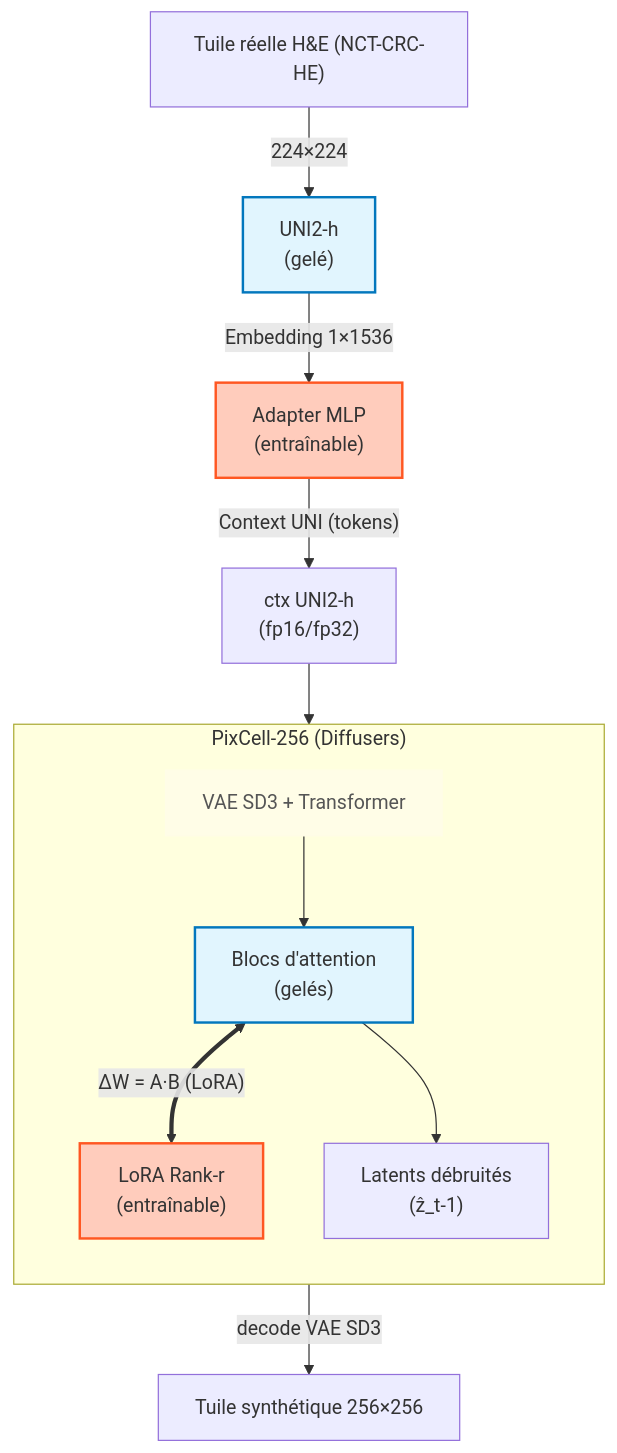
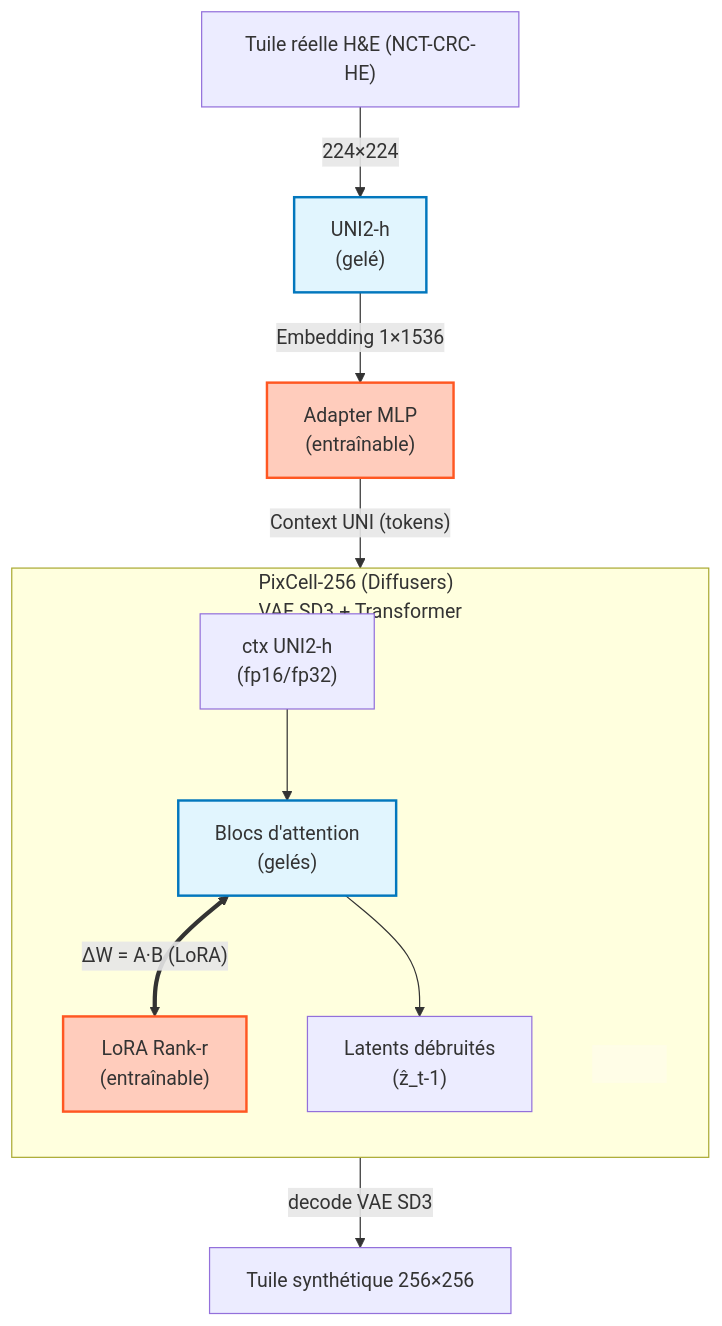
The diagram in docs/Pixcell_UNI2h_trainable_README.md (cecile-aie/poc_histopathology), drawn with Mermaid before and after one commit.

Commit message:
Update PixCell block description in README

````diff
--- a/docs/Pixcell_UNI2h_trainable_README.md
+++ b/docs/Pixcell_UNI2h_trainable_README.md
@@ -18,39 +18,34 @@
 ```mermaid
 graph TD
     %% Entrée
     Input["Tuile réelle H&E (NCT-CRC-HE)"] -->|"224×224"| UNI["UNI2-h<br/>(gelé)"]
 
     %% UNI
     style UNI fill:#e1f5fe,stroke:#0277bd,stroke-width:2px
 
     UNI -->|"Embedding 1×1536"| ADAPT["Adapter MLP<br/>(entraînable)"]
     style ADAPT fill:#ffccbc,stroke:#ff5722,stroke-width:2px
 
     ADAPT -->|"Context UNI (tokens)"| CTX["ctx UNI2-h<br/>(fp16/fp32)"]
 
     %% Bloc PixCell
-    subgraph PIXCELL ["PixCell-256 (Diffusers)"]
+    subgraph PIXCELL ["PixCell-256 (Diffusers)<br/>VAE SD3 + Transformer"]
         direction TB
 
-        %% <<< label interne en haut du bloc >>>
-        NOTE["VAE SD3 + Transformer"]
-        style NOTE fill:#fffde7,stroke:#fffde7,color:#555
+        %% nœud "spacer" invisible pour créer une marge sous le titre
+        spacer[" "]
+        style spacer fill:#fffde7,stroke:#fffde7
 
-        ATT["Blocs d'attention<br/>(gelés)"]
+        CTX --> ATT["Blocs d'attention<br/>(gelés)"]
         style ATT fill:#e1f5fe,stroke:#0277bd,stroke-width:2px
 
         ATT <==>|"ΔW = A·B (LoRA)"| LORA["LoRA Rank-r<br/>(entraînable)"]
         style LORA fill:#ffccbc,stroke:#ff5722,stroke-width:2px
 
         ATT --> LAT["Latents débruités<br/>(ẑ_t-1)"]
-
-        %% force NOTE à rester au-dessus d'ATT
-        NOTE --> ATT
     end
-
-    %% liaison entrée PixCell
-    CTX --> ATT
 
     LAT -->|"decode VAE SD3"| OUT["Tuile synthétique 256×256"]
 
+
 ```
````
